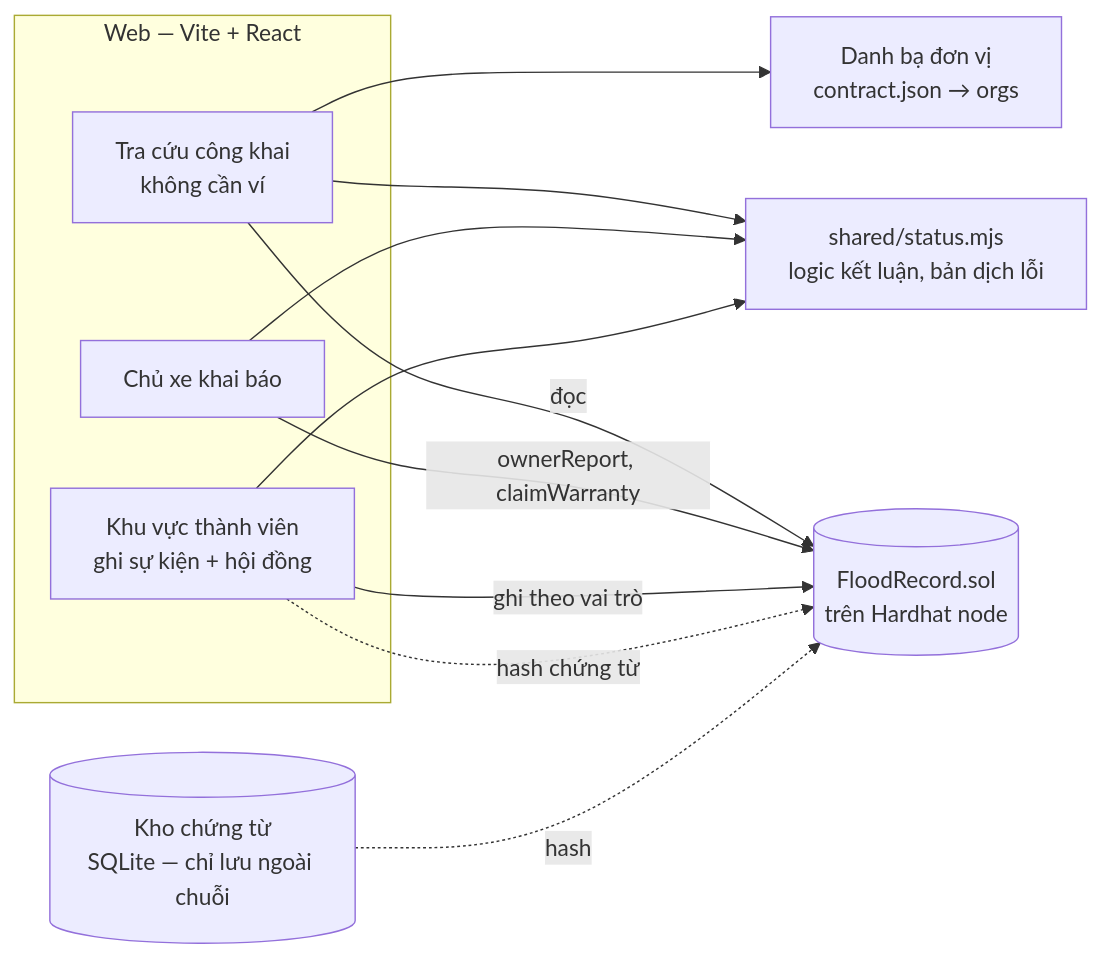
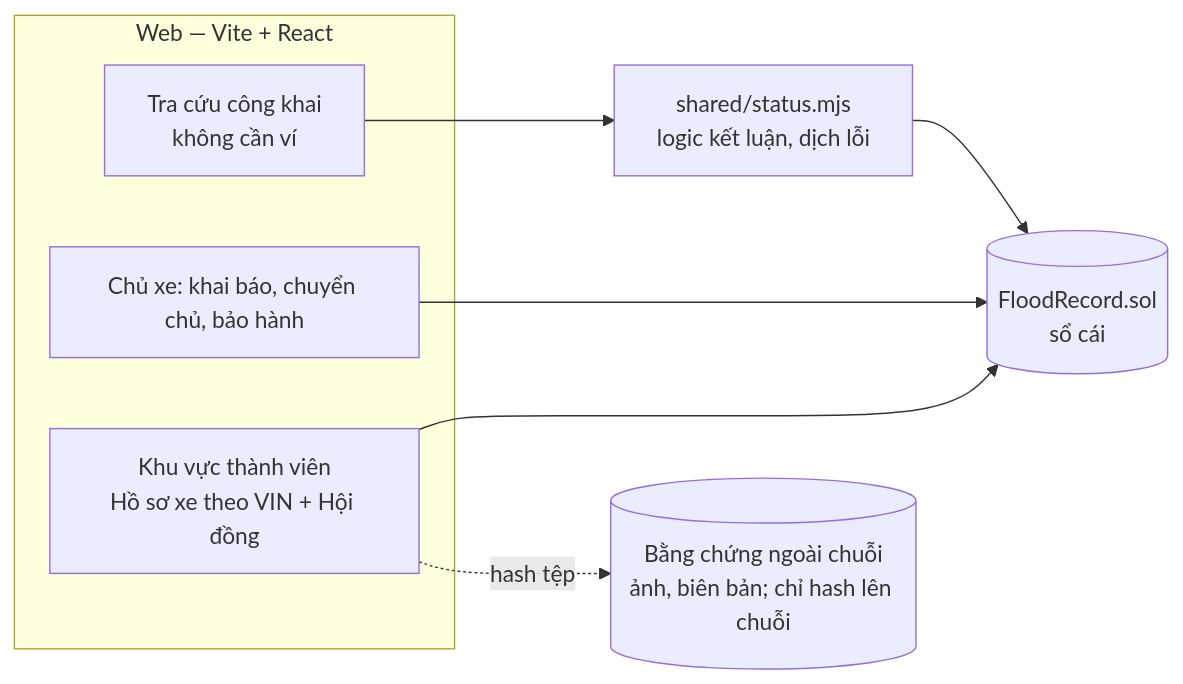
Before and after one commit to TrongLeBa111/Thuykichxe: the diagram in docs/kien-truc-he-thong.md, drawn with Mermaid. The commit also changed other lines of this file and 24 other files, not shown here.

````diff
--- a/docs/kien-truc-he-thong.md
+++ b/docs/kien-truc-he-thong.md
@@ -23,19 +21,15 @@
 ```mermaid
 flowchart LR
-  subgraph Trình duyệt [Web — Vite + React]
+  subgraph Web [Web — Vite + React]
     L[Tra cứu công khai<br/>không cần ví]
-    O[Chủ xe khai báo]
-    M[Khu vực thành viên<br/>ghi sự kiện + hội đồng]
+    O[Chủ xe: khai báo, chuyển chủ, bảo hành]
+    M[Khu vực thành viên<br/>Hồ sơ xe theo VIN + Hội đồng]
   end
-  S[shared/status.mjs<br/>logic kết luận, bản dịch lỗi]
-  C[(FloodRecord.sol<br/>trên Hardhat node)]
-  E[(Kho chứng từ<br/>SQLite — chỉ lưu ngoài chuỗi)]
-  D[Danh bạ đơn vị<br/>contract.json → orgs]
-  L -- đọc --> C
-  O -- ownerReport, claimWarranty --> C
-  M -- ghi theo vai trò --> C
-  L & O & M --> S
-  L --> D
-  M -. hash chứng từ .-> C
-  E -. hash .-> C
+  S[shared/status.mjs<br/>logic kết luận, dịch lỗi]
+  C[(FloodRecord.sol<br/>sổ cái)]
+  E[(Bằng chứng ngoài chuỗi<br/>ảnh, biên bản; chỉ hash lên chuỗi)]
+  L --> S --> C
+  O --> C
+  M --> C
+  M -. hash tệp .-> E
 ```
````
